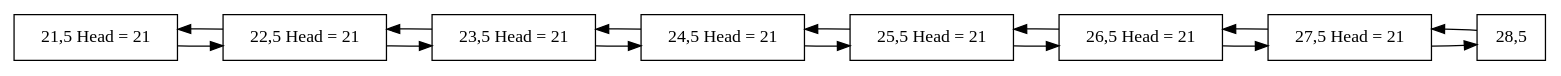
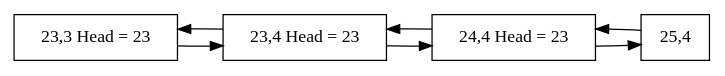
One commit to olgt/EDD_1S2019_P1_201612341 changed the diagram in SnakeReport.dot. Above: the diagram before and after it, drawn with Graphviz. The commit also changed 15 other files, not shown here.

```diff
--- a/SnakeReport.dot
+++ b/SnakeReport.dot
@@ -1,26 +1,14 @@
 digraph firstGraph{
 node [shape = record];
 rankdir=LR;
-node0 [label=" 21,5 Head = 21 "];
+node0 [label=" 23,3 Head = 23 "];
 node0 -> node1;
 node1 -> node0;
-node1 [label=" 22,5 Head = 21 "];
+node1 [label=" 23,4 Head = 23 "];
 node1 -> node2;
 node2 -> node1;
-node2 [label=" 23,5 Head = 21 "];
+node2 [label=" 24,4 Head = 23 "];
 node2 -> node3;
 node3 -> node2;
-node3 [label=" 24,5 Head = 21 "];
-node3 -> node4;
-node4 -> node3;
-node4 [label=" 25,5 Head = 21 "];
-node4 -> node5;
-node5 -> node4;
-node5 [label=" 26,5 Head = 21 "];
-node5 -> node6;
-node6 -> node5;
-node6 [label=" 27,5 Head = 21 "];
-node6 -> node7;
-node7 -> node6;
-node7 [label=" 28,5 "];
+node3 [label=" 25,4 "];
 }
```
